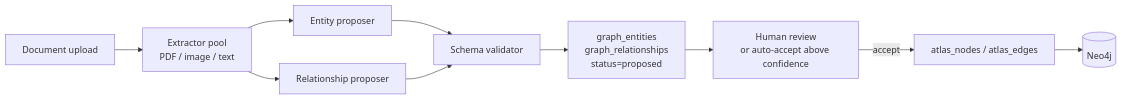
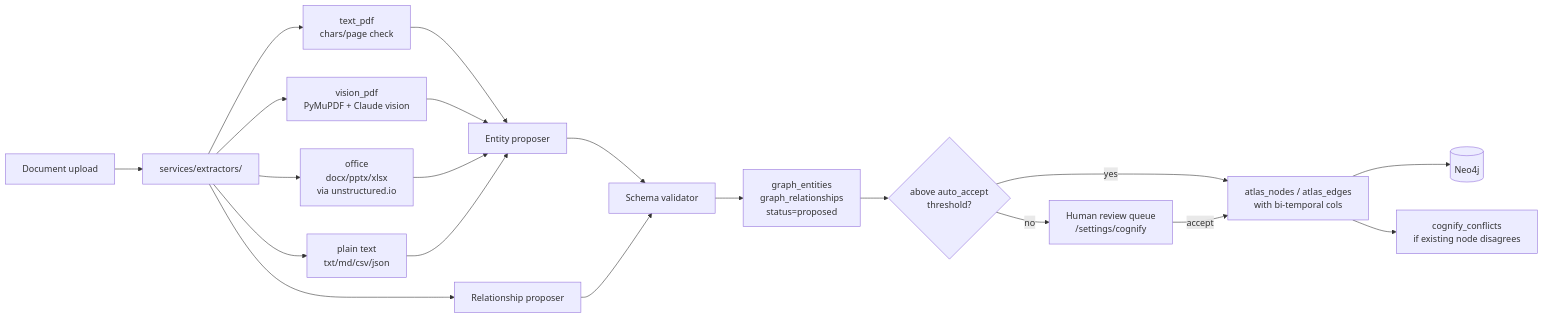
Before and after one commit to sarkar4777/abenix: the diagram in docs/01-architecture/06-atlas-knowledge-engine.md, drawn with Mermaid. The commit also changed other lines of this file and 12 other files, not shown here.

````diff
--- a/docs/01-architecture/06-atlas-knowledge-engine.md
+++ b/docs/01-architecture/06-atlas-knowledge-engine.md
@@ -47,12 +70,22 @@
 ```mermaid
 flowchart LR
-  D[Document upload] --> E[Extractor pool<br/>PDF / image / text]
-  E --> P[Entity proposer]
-  E --> R[Relationship proposer]
+  D[Document upload] --> EX[services/extractors/]
+  EX --> TEXT[text_pdf<br/>chars/page check]
+  EX --> VIS[vision_pdf<br/>PyMuPDF + Claude vision]
+  EX --> OFFICE[office<br/>docx/pptx/xlsx<br/>via unstructured.io]
+  EX --> PLAIN[plain text<br/>txt/md/csv/json]
+  TEXT --> P[Entity proposer]
+  VIS --> P
+  OFFICE --> P
+  PLAIN --> P
+  EX --> R[Relationship proposer]
   P --> S[Schema validator]
   R --> S
   S --> RG[graph_entities<br/>graph_relationships<br/>status=proposed]
-  RG --> H[Human review<br/>or auto-accept above confidence]
-  H -->|accept| AN[atlas_nodes / atlas_edges]
+  RG --> CF{above auto_accept<br/>threshold?}
+  CF -->|yes| AN[atlas_nodes / atlas_edges<br/>with bi-temporal cols]
+  CF -->|no| HR[Human review queue<br/>/settings/cognify]
+  HR -->|accept| AN
   AN --> N[(Neo4j)]
+  AN --> CC[cognify_conflicts<br/>if existing node disagrees]
 ```
````
